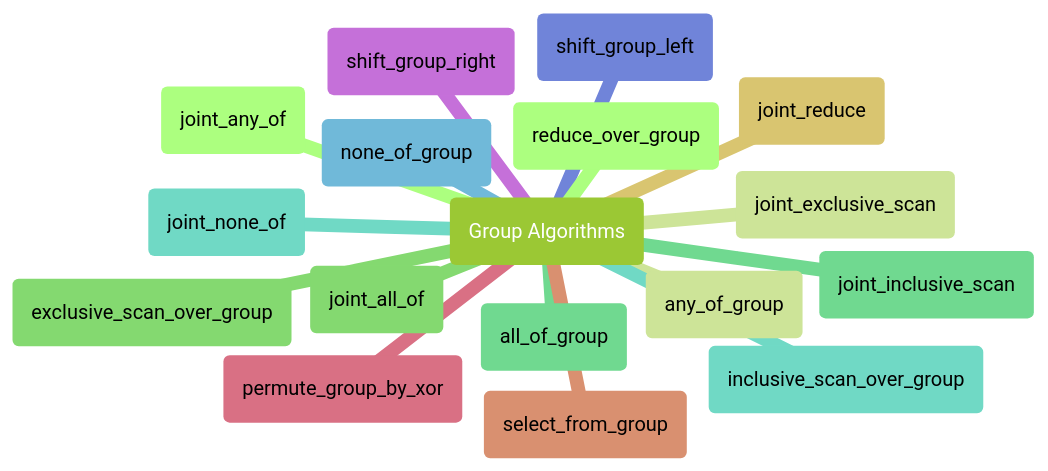
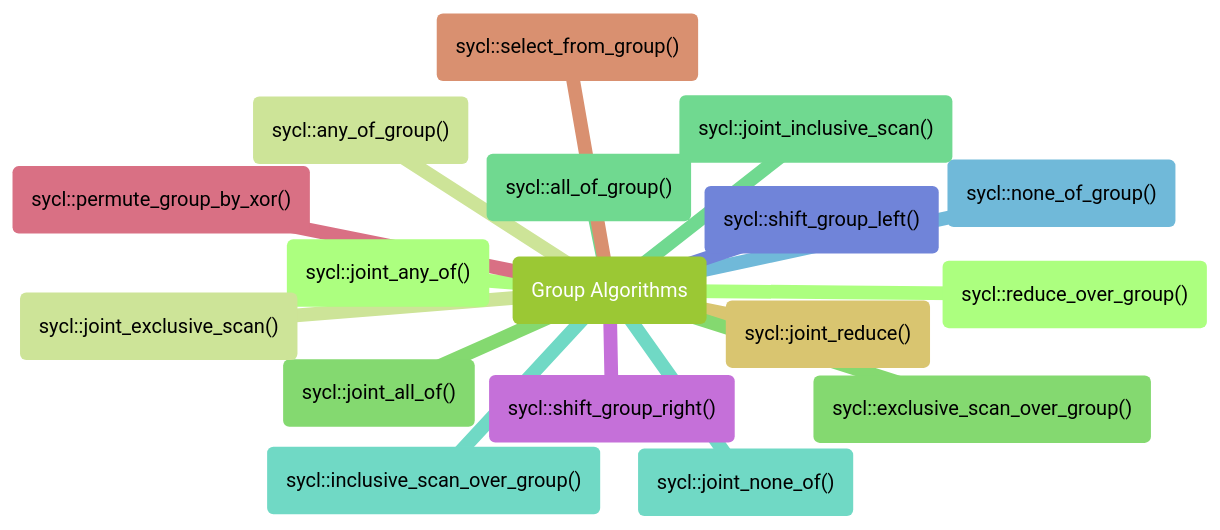
One commit to salehjg/Learning-SYCL changed the second of 2 diagrams in examples/06.collective.funcs/readme.md. Above: the diagram before and after it, drawn with Mermaid (forest theme).

Commit message:
e5, e6, and some typo fixes.

````diff
--- a/examples/06.collective.funcs/readme.md
+++ b/examples/06.collective.funcs/readme.md
@@ -20,20 +20,20 @@
 ```mermaid
 mindmap
 root("Group Algorithms")
-  id("joint_any_of")
-  id("any_of_group")
-  id("joint_all_of")
-  id("all_of_group")
-  id("joint_none_of")
-  id("none_of_group")
-  id("shift_group_left")
-  id("shift_group_right")
-  id("permute_group_by_xor")
-  id("select_from_group")
-  id("joint_reduce")
-  id("reduce_over_group")
-  id("joint_exclusive_scan")
-  id("exclusive_scan_over_group")
-  id("joint_inclusive_scan")
-  id("inclusive_scan_over_group")
+  id("sycl::joint_any_of()")
+  id("sycl::any_of_group()")
+  id("sycl::joint_all_of()")
+  id("sycl::all_of_group()")
+  id("sycl::joint_none_of()")
+  id("sycl::none_of_group()")
+  id("sycl::shift_group_left()")
+  id("sycl::shift_group_right()")
+  id("sycl::permute_group_by_xor()")
+  id("sycl::select_from_group()")
+  id("sycl::joint_reduce()")
+  id("sycl::reduce_over_group()")
+  id("sycl::joint_exclusive_scan()")
+  id("sycl::exclusive_scan_over_group()")
+  id("sycl::joint_inclusive_scan()")
+  id("sycl::inclusive_scan_over_group()")
 ```
````
